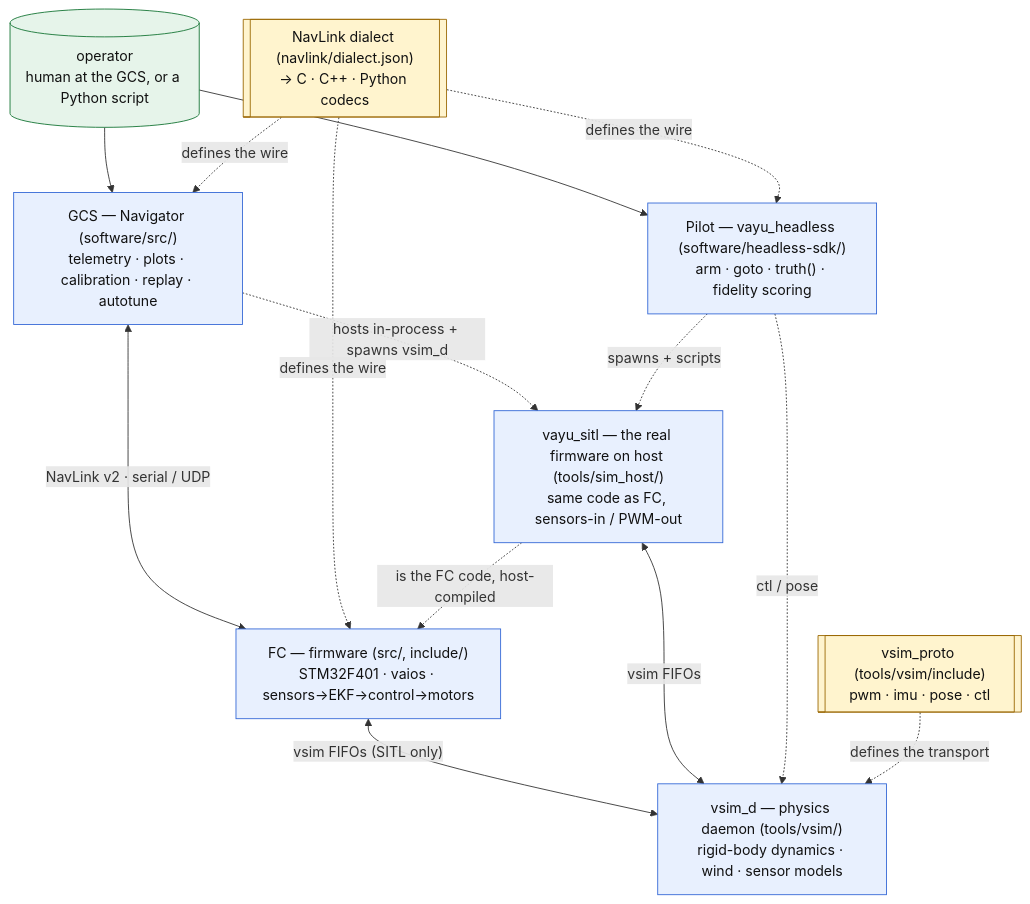
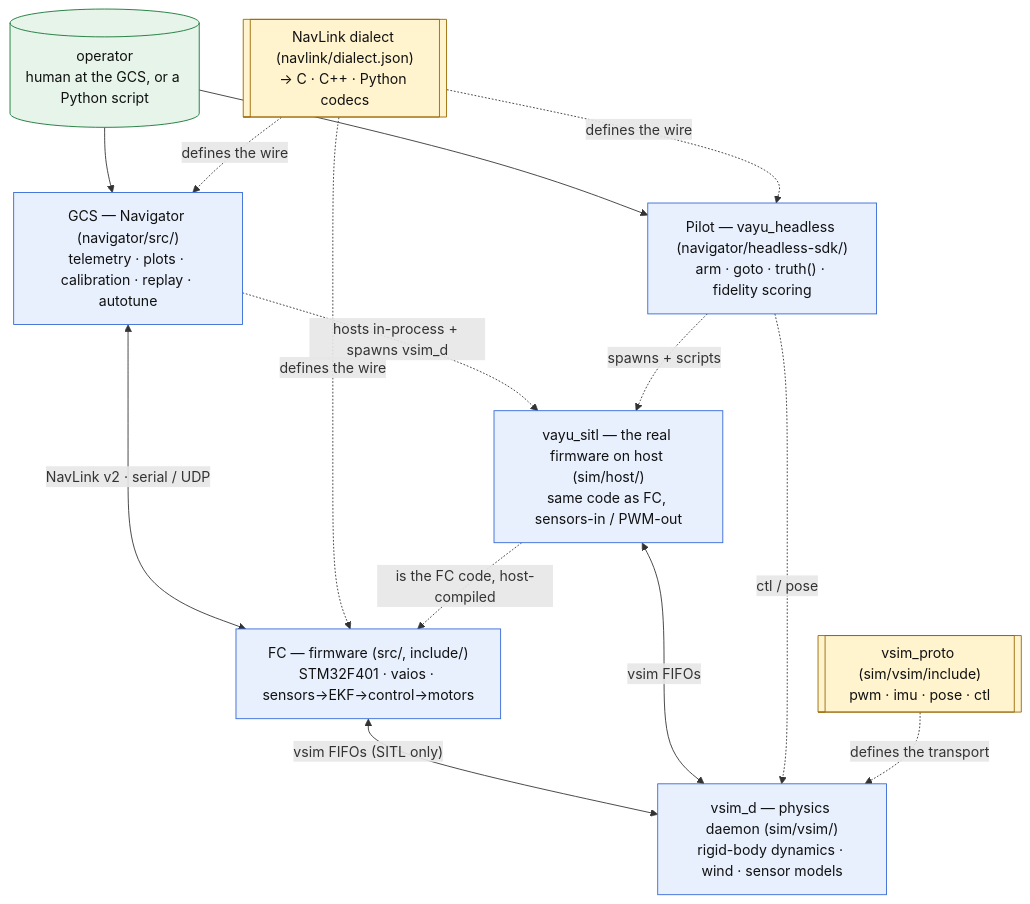
The diagram in ARCHITECTURE.md (ragnar-vallhala/vayu), drawn with Mermaid before and after one commit. The commit also changed other lines of this file and 116 other files, not shown here.

````diff
--- a/ARCHITECTURE.md
+++ b/ARCHITECTURE.md
@@ -24,32 +24,32 @@
 ```mermaid
 flowchart TB
     classDef comp fill:#e8f0fe,stroke:#3367d6,color:#111;
     classDef contract fill:#fff4ce,stroke:#9a6700,color:#111;
     classDef ext fill:#e6f4ea,stroke:#137333,color:#111;
 
     OP[("operator<br/>human at the GCS, or a Python script")]:::ext
 
-    GCS["GCS — Navigator (software/src/)<br/>telemetry · plots · calibration · replay · autotune"]:::comp
+    GCS["GCS — Navigator (navigator/src/)<br/>telemetry · plots · calibration · replay · autotune"]:::comp
     FC["FC — firmware (src/, include/)<br/>STM32F401 · vaios · sensors→EKF→control→motors"]:::comp
-    VSIM["vsim_d — physics daemon (tools/vsim/)<br/>rigid-body dynamics · wind · sensor models"]:::comp
-    SITL["vayu_sitl — the real firmware on host (tools/sim_host/)<br/>same code as FC, sensors-in / PWM-out"]:::comp
-    PILOT["Pilot — vayu_headless (software/headless-sdk/)<br/>arm · goto · truth() · fidelity scoring"]:::comp
+    VSIM["vsim_d — physics daemon (sim/vsim/)<br/>rigid-body dynamics · wind · sensor models"]:::comp
+    SITL["vayu_sitl — the real firmware on host (sim/host/)<br/>same code as FC, sensors-in / PWM-out"]:::comp
+    PILOT["Pilot — vayu_headless (navigator/headless-sdk/)<br/>arm · goto · truth() · fidelity scoring"]:::comp
 
     NAV[["NavLink dialect (navlink/dialect.json)<br/>→ C · C++ · Python codecs"]]:::contract
-    VP[["vsim_proto (tools/vsim/include)<br/>pwm · imu · pose · ctl"]]:::contract
+    VP[["vsim_proto (sim/vsim/include)<br/>pwm · imu · pose · ctl"]]:::contract
 
     OP --> GCS
     OP --> PILOT
     GCS <-->|"NavLink v2 · serial / UDP"| FC
     FC <-->|"vsim FIFOs (SITL only)"| VSIM
     SITL <-->|"vsim FIFOs"| VSIM
     GCS -.->|"hosts in-process + spawns vsim_d"| SITL
     PILOT -.->|"spawns + scripts"| SITL
     PILOT -.->|"ctl / pose"| VSIM
 
     NAV -.->|"defines the wire"| FC
     NAV -.->|"defines the wire"| GCS
     NAV -.->|"defines the wire"| PILOT
     SITL -.->|"is the FC code, host-compiled"| FC
     VP -.->|"defines the transport"| VSIM
 ```
````
